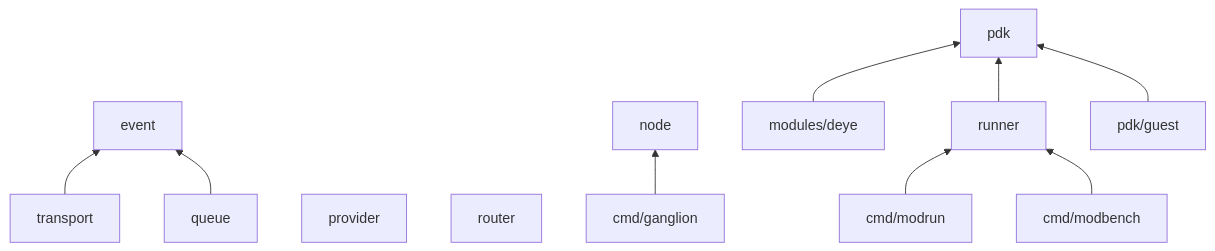
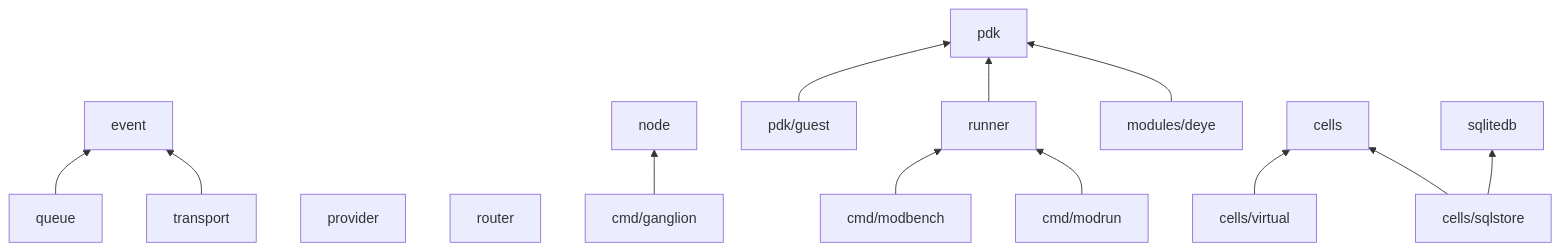
One commit to igorrius/ganglion changed the diagram in docs/architecture/05-code-map.md. Above: the diagram before and after it, drawn with Mermaid. The commit also changed other lines of this file and 3 other files, not shown here.

````diff
--- a/docs/architecture/05-code-map.md
+++ b/docs/architecture/05-code-map.md
@@ -39,16 +42,20 @@
 ```mermaid
 flowchart BT
     event["event"]
     transport["transport"] --> event
     queue["queue"] --> event
     provider["provider"]
     router["router"]
     node["node"]
     cmd["cmd/ganglion"] --> node
     pdk["pdk"]
     deye["modules/deye"] --> pdk
     runner["runner"] --> pdk
     modrun["cmd/modrun"] --> runner
     modbench["cmd/modbench"] --> runner
     guest["pdk/guest"] --> pdk
+    cellsp["cells"]
+    sqlstore["cells/sqlstore"] --> cellsp
+    sqlstore --> sqlitedb["sqlitedb"]
+    virtualb["cells/virtual"] --> cellsp
 ```
````
